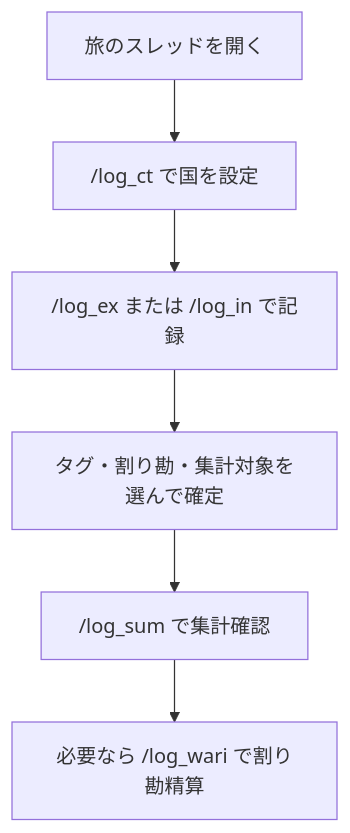
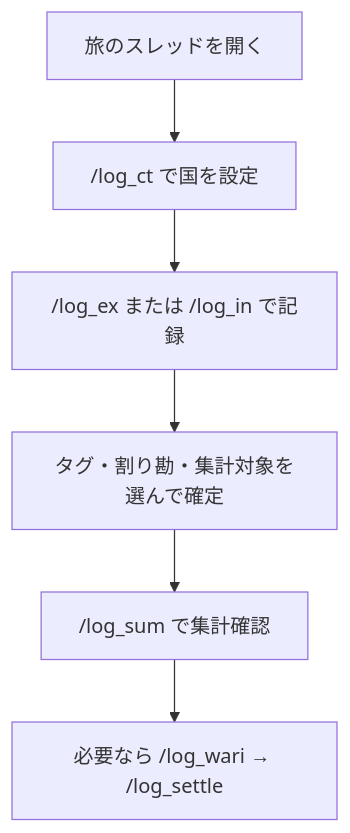
The diagram in docs/使い方.md (ruruharuru/tabilog-bot), drawn with Mermaid before and after one commit. The commit also changed other lines of this file and 4 other files, not shown here.

````diff
--- a/docs/使い方.md
+++ b/docs/使い方.md
@@ -23,8 +54,8 @@
 ```mermaid
 flowchart TD
   A[旅のスレッドを開く] --> B["/log_ct で国を設定"]
   B --> C["/log_ex または /log_in で記録"]
   C --> D[タグ・割り勘・集計対象を選んで確定]
   D --> E["/log_sum で集計確認"]
-  E --> F["必要なら /log_wari で割り勘精算"]
+  E --> F["必要なら /log_wari → /log_settle"]
 ```
````
